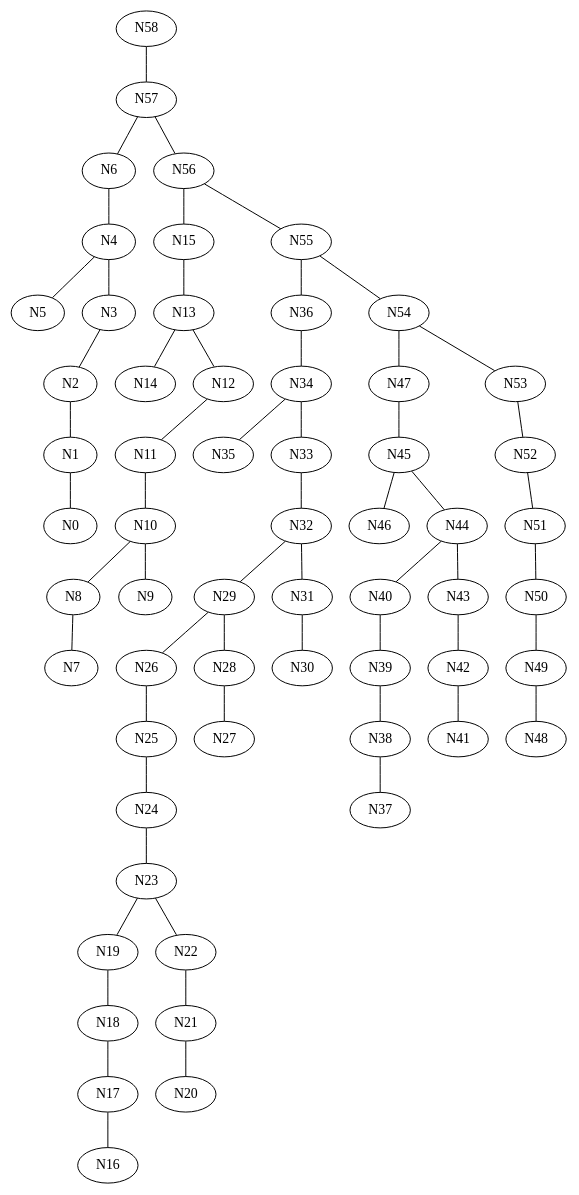
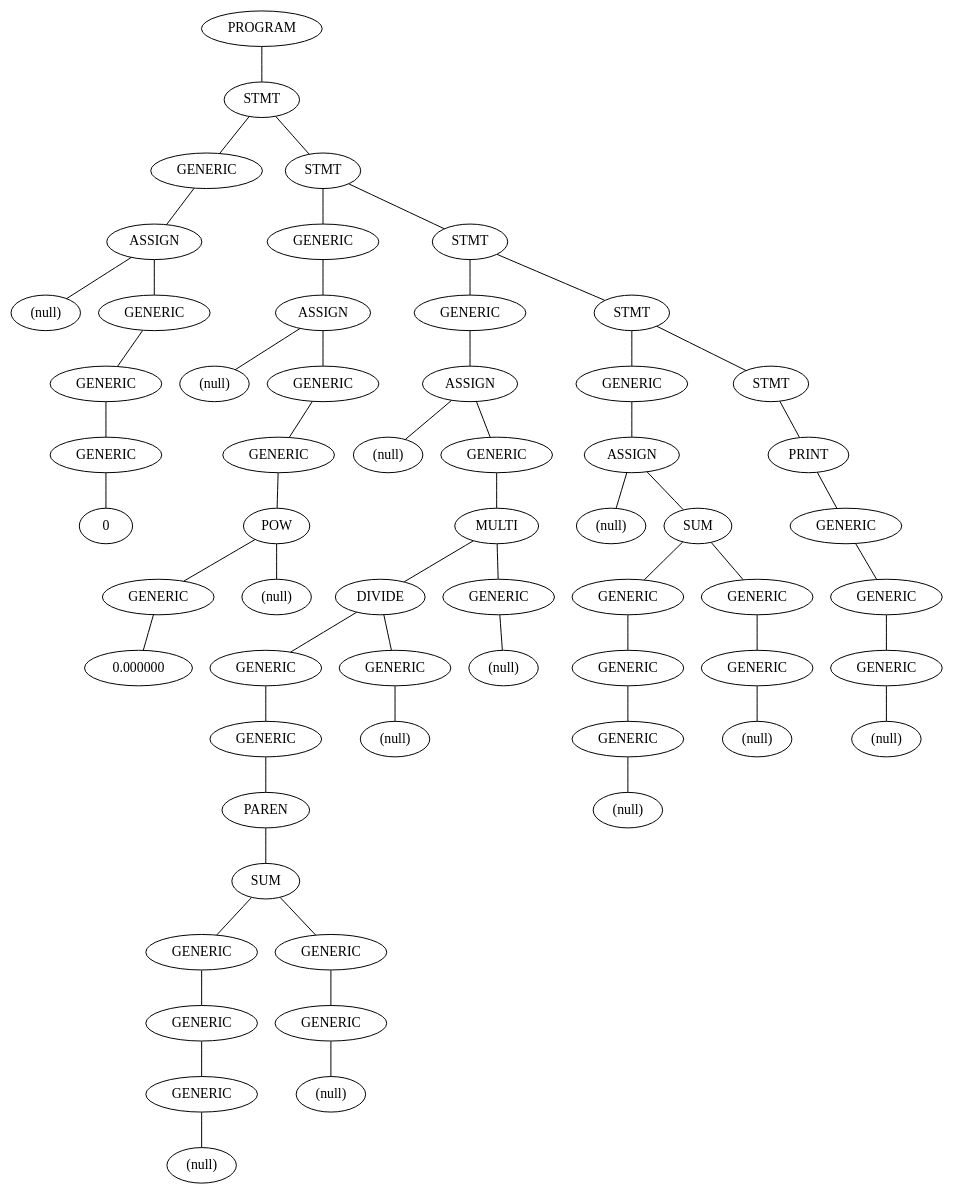
One commit to diegoamorimsilva/compiladores-2022 changed the diagram in output.dot. Above: the diagram before and after it, drawn with Graphviz. The commit also changed 4 other files, not shown here.

```diff
--- a/output.dot
+++ b/output.dot
@@ -1,119 +1,119 @@
 graph G {
-N58;
-N57;
-N6;
-N4;
-N5;
+N58[label="PROGRAM"];
+N57[label="STMT"];
+N6[label="GENERIC"];
+N4[label="ASSIGN"];
+N5[label="(null)"];
 N4 -- N5;
-N3;
-N2;
-N1;
-N0;
+N3[label="GENERIC"];
+N2[label="GENERIC"];
+N1[label="GENERIC"];
+N0[label="0"];
 N1 -- N0;
 N2 -- N1;
 N3 -- N2;
 N4 -- N3;
 N6 -- N4;
 N57 -- N6;
-N56;
-N15;
-N13;
-N14;
+N56[label="STMT"];
+N15[label="GENERIC"];
+N13[label="ASSIGN"];
+N14[label="(null)"];
 N13 -- N14;
-N12;
-N11;
-N10;
-N8;
-N7;
+N12[label="GENERIC"];
+N11[label="GENERIC"];
+N10[label="POW"];
+N8[label="GENERIC"];
+N7[label="0.000000"];
 N8 -- N7;
 N10 -- N8;
-N9;
+N9[label="(null)"];
 N10 -- N9;
 N11 -- N10;
 N12 -- N11;
 N13 -- N12;
 N15 -- N13;
 N56 -- N15;
-N55;
-N36;
-N34;
-N35;
+N55[label="STMT"];
+N36[label="GENERIC"];
+N34[label="ASSIGN"];
+N35[label="(null)"];
 N34 -- N35;
-N33;
-N32;
-N29;
-N26;
-N25;
-N24;
-N23;
-N19;
-N18;
-N17;
-N16;
+N33[label="GENERIC"];
+N32[label="MULTI"];
+N29[label="DIVIDE"];
+N26[label="GENERIC"];
+N25[label="GENERIC"];
+N24[label="PAREN"];
+N23[label="SUM"];
+N19[label="GENERIC"];
+N18[label="GENERIC"];
+N17[label="GENERIC"];
+N16[label="(null)"];
 N17 -- N16;
 N18 -- N17;
 N19 -- N18;
 N23 -- N19;
-N22;
-N21;
-N20;
+N22[label="GENERIC"];
+N21[label="GENERIC"];
+N20[label="(null)"];
 N21 -- N20;
 N22 -- N21;
 N23 -- N22;
 N24 -- N23;
 N25 -- N24;
 N26 -- N25;
 N29 -- N26;
-N28;
-N27;
+N28[label="GENERIC"];
+N27[label="(null)"];
 N28 -- N27;
 N29 -- N28;
 N32 -- N29;
-N31;
-N30;
+N31[label="GENERIC"];
+N30[label="(null)"];
 N31 -- N30;
 N32 -- N31;
 N33 -- N32;
 N34 -- N33;
 N36 -- N34;
 N55 -- N36;
-N54;
-N47;
-N45;
-N46;
+N54[label="STMT"];
+N47[label="GENERIC"];
+N45[label="ASSIGN"];
+N46[label="(null)"];
 N45 -- N46;
-N44;
-N40;
-N39;
-N38;
-N37;
+N44[label="SUM"];
+N40[label="GENERIC"];
+N39[label="GENERIC"];
+N38[label="GENERIC"];
+N37[label="(null)"];
 N38 -- N37;
 N39 -- N38;
 N40 -- N39;
 N44 -- N40;
-N43;
-N42;
-N41;
+N43[label="GENERIC"];
+N42[label="GENERIC"];
+N41[label="(null)"];
 N42 -- N41;
 N43 -- N42;
 N44 -- N43;
 N45 -- N44;
 N47 -- N45;
 N54 -- N47;
-N53;
-N52;
-N51;
-N50;
-N49;
-N48;
+N53[label="STMT"];
+N52[label="PRINT"];
+N51[label="GENERIC"];
+N50[label="GENERIC"];
+N49[label="GENERIC"];
+N48[label="(null)"];
 N49 -- N48;
 N50 -- N49;
 N51 -- N50;
 N52 -- N51;
 N53 -- N52;
 N54 -- N53;
 N55 -- N54;
 N56 -- N55;
 N57 -- N56;
 N58 -- N57;
 }
```
